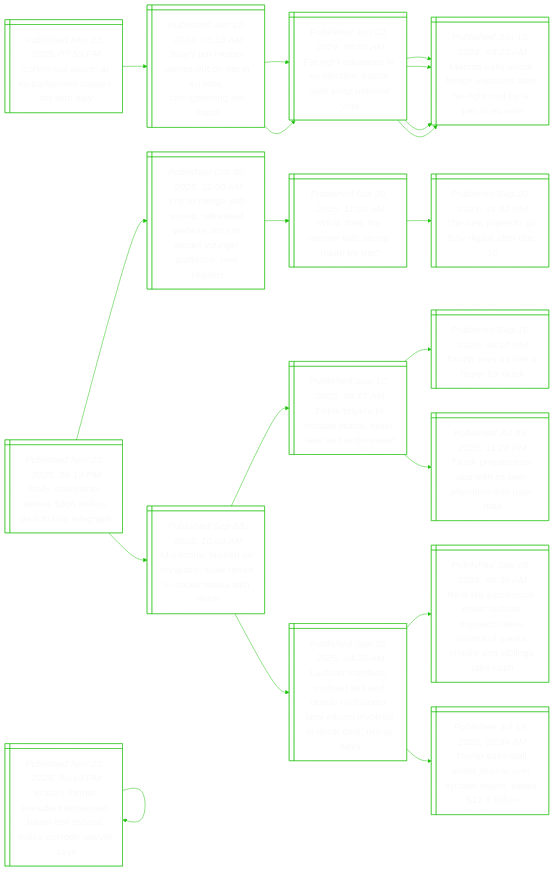
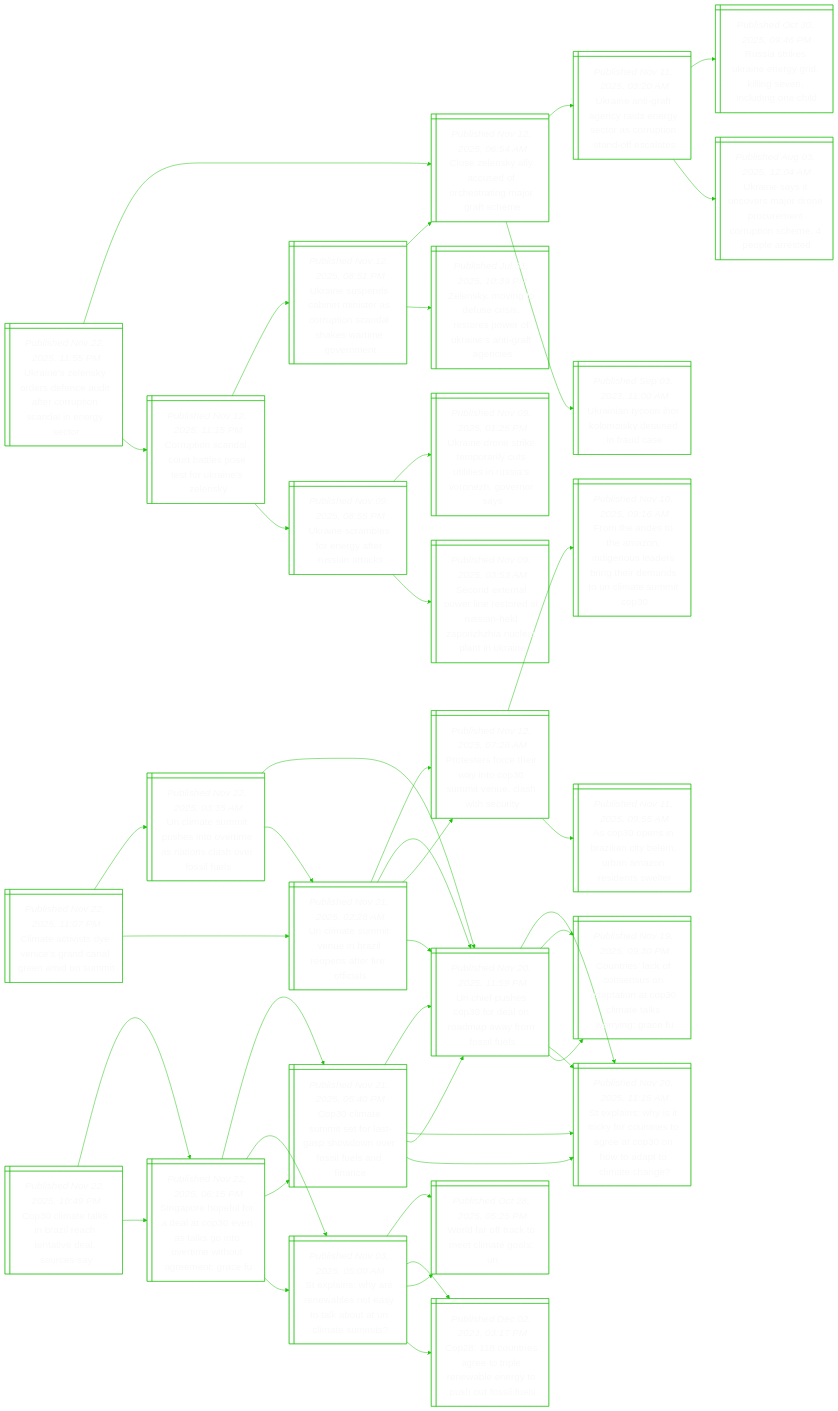
One commit to notJmes/notJmes changed the diagram in README.md. Above: the diagram before and after it, drawn with Mermaid. The commit also changed other lines of this file, not shown here.

````diff
--- a/README.md
+++ b/README.md
@@ -16,76 +16,136 @@
 flowchart LR
 classDef txtsize font-size:20px;
 
-Cnatreuttl@{ shape: win-pane, label: "_Published Nov 22, 2025, 07:55 PM_
-‘carbonara sauce’ at eu parliament causes stir with italy" }
-IslouoUsgir@{ shape: win-pane, label: "_Published Jun 10, 2024, 05:18 AM_
-Italy’s pm meloni comes out on top in eu vote, strengthening her hand" }
-Fgvseiaantl@{ shape: win-pane, label: "_Published Jun 10, 2024, 08:00 AM_
-Far right advances in eu election, france calls snap national vote" }
-MnskccsrioLio@{ shape: win-pane, label: "_Published Jun 10, 2024, 04:23 AM_
-Macron calls shock french elections after far-right rout by le pen in eu vote" }
-MnskccsrioLio@{ shape: win-pane, label: "_Published Jun 10, 2024, 04:23 AM_
-Macron calls shock french elections after far-right rout by le pen in eu vote" }
-Fgvseiaantl@{ shape: win-pane, label: "_Published Jun 10, 2024, 08:00 AM_
-Far right advances in eu election, france calls snap national vote" }
-MnskccsrioLio@{ shape: win-pane, label: "_Published Jun 10, 2024, 04:23 AM_
-Macron calls shock french elections after far-right rout by le pen in eu vote" }
-MnskccsrioLio@{ shape: win-pane, label: "_Published Jun 10, 2024, 04:23 AM_
-Macron calls shock french elections after far-right rout by le pen in eu vote" }
+Unlyreufotclee@{ shape: win-pane, label: "_Published Nov 22, 2025, 11:55 PM_
+Ukraine’s zelensky orders defence audit after corruption scandal in energy sector" }
+CZslufetarc@{ shape: win-pane, label: "_Published Nov 12, 2025, 06:54 AM_
+Close zelensky ally accused of orchestrating major graft scheme" }
+Unitcdrcsundst@{ shape: win-pane, label: "_Published Nov 11, 2025, 03:20 AM_
+Ukraine anti-graft agency raids energy sector as corruption stand-off escalates" }
+Rakreyknelgh@{ shape: win-pane, label: "_Published Oct 30, 2025, 09:46 PM_
+Russia strikes ukraine energy grid, killing seven, including one child" }
+Unscsreunroeore@{ shape: win-pane, label: "_Published Aug 03, 2025, 12:04 AM_
+Ukraine says it uncovers major drone procurement corruption scheme, 4 people arrested" }
+UnyIoieera@{ shape: win-pane, label: "_Published Sep 03, 2023, 11:00 AM_
+Ukrainian tycoon ihor kolomoisky detained in fraud case" }
+CpsartosUnly@{ shape: win-pane, label: "_Published Nov 12, 2025, 11:15 PM_
+Corruption scandal, court battles pose test for ukraine’s zelensky" }
+UnpCeiaronhwmen@{ shape: win-pane, label: "_Published Nov 12, 2025, 08:51 PM_
+Ukraine suspends cabinet minister as corruption scandal shakes wartime government" }
+CZslufetarc@{ shape: win-pane, label: "_Published Nov 12, 2025, 06:54 AM_
+Close zelensky ally accused of orchestrating major graft scheme" }
+Zsvossssrrsgai@{ shape: win-pane, label: "_Published Jul 31, 2025, 10:39 PM_
+Zelensky, moving to defuse crisis, restores power of ukraine’s anti-graft agencies" }
+UnasnaRaa@{ shape: win-pane, label: "_Published Nov 09, 2025, 08:55 PM_
+Ukraine scrambles for energy after russian attacks" }
+Unnimruieusnoos@{ shape: win-pane, label: "_Published Nov 09, 2025, 01:25 PM_
+Ukraine drone strike temporarily cuts utilities in russia’s voronezh, governor says" }
+SdroisdshazaeaUn@{ shape: win-pane, label: "_Published Nov 09, 2025, 03:53 AM_
+Second external power line restored at russian-held zaporizhzhia nuclear plant in ukraine" }
 
-Cnatreuttl:::txtsize --> IslouoUsgir:::txtsize
-IslouoUsgir:::txtsize --> Fgvseiaantl:::txtsize
-Fgvseiaantl:::txtsize --> MnskccsrioLio:::txtsize
-Fgvseiaantl:::txtsize --> MnskccsrioLio:::txtsize
-IslouoUsgir:::txtsize --> Fgvseiaantl:::txtsize
-Fgvseiaantl:::txtsize --> MnskccsrioLio:::txtsize
-Fgvseiaantl:::txtsize --> MnskccsrioLio:::txtsize
+Unlyreufotclee:::txtsize --> CZslufetarc:::txtsize
+CZslufetarc:::txtsize --> Unitcdrcsundst:::txtsize
+Unitcdrcsundst:::txtsize --> Rakreyknelgh:::txtsize
+Unitcdrcsundst:::txtsize --> Unscsreunroeore:::txtsize
+CZslufetarc:::txtsize --> UnyIoieera:::txtsize
+Unlyreufotclee:::txtsize --> CpsartosUnly:::txtsize
+CpsartosUnly:::txtsize --> UnpCeiaronhwmen:::txtsize
+UnpCeiaronhwmen:::txtsize --> CZslufetarc:::txtsize
+UnpCeiaronhwmen:::txtsize --> Zsvossssrrsgai:::txtsize
+CpsartosUnly:::txtsize --> UnasnaRaa:::txtsize
+UnasnaRaa:::txtsize --> Unnimruieusnoos:::txtsize
+UnasnaRaa:::txtsize --> SdroisdshazaeaUn:::txtsize
 
-DMwtsiaueh@{ shape: win-pane, label: "_Published Nov 22, 2025, 06:19 PM_
-Daily mail owner strikes $856 million deal to buy telegraph" }
-Tmwtehbaoauanwe@{ shape: win-pane, label: "_Published Oct 30, 2025, 11:00 AM_
-Tnp to merge with stomp; refreshed website aims to attract younger audience, new readers" }
-WoeehpfP@{ shape: win-pane, label: "_Published Oct 30, 2025, 11:00 AM_
-What does the merger with stomp mean for tnp?" }
-Twrfdae@{ shape: win-pane, label: "_Published Sep 20, 2021, 01:32 PM_
-The new paper to go fully digital after dec 10" }
-McrnaeuslaTk@{ shape: win-pane, label: "_Published Sep 23, 2025, 10:03 AM_
-Murdochs, burned on myspace, seek return to social media with tiktok" }
-TkrnelvkAe@{ shape: win-pane, label: "_Published Sep 17, 2025, 09:17 AM_
-Tiktok buyers to include oracle, silver lake and andreessen" }
-TsSbfk@{ shape: win-pane, label: "_Published Sep 16, 2025, 08:10 PM_
-Trump says us has a buyer for tiktok" }
-TkaSisltdd@{ shape: win-pane, label: "_Published Jul 09, 2025, 11:28 PM_
-Tiktok prepares us app with its own algorithm and user data" }
-LadilaaodrlivTkTs@{ shape: win-pane, label: "_Published Sep 22, 2025, 04:36 AM_
-Lachlan murdoch, michael dell and oracle co-founder larry ellison involved in tiktok deal, trump says" }
-Ricidhuhsrmeeige@{ shape: win-pane, label: "_Published Sep 09, 2025, 05:38 AM_
-Real-life succession ends: lachlan murdoch takes control of media empire and siblings take cash" }
-TsarolEioel@{ shape: win-pane, label: "_Published Jul 19, 2025, 05:39 AM_
-Trump sues wall street journal over epstein report, seeks $12.8 billion" }
+CtisesdlnUm@{ shape: win-pane, label: "_Published Nov 22, 2025, 11:07 PM_
+Climate activists dye venice’s grand canal green amid un summit" }
+Umupsoinnsril@{ shape: win-pane, label: "_Published Nov 22, 2025, 03:35 AM_
+Un climate summit pushes into overtime as nations clash over fossil fuels" }
+UehPerayfls@{ shape: win-pane, label: "_Published Nov 20, 2025, 11:59 PM_
+Un chief pushes cop30 for deal on roadmap away from fossil fuels" }
+SlWicrtteOodoaa@{ shape: win-pane, label: "_Published Nov 20, 2025, 11:15 AM_
+St explains: why is it tricky for countries to agree at cop30 on how to adapt to climate change?" }
+CracnntnPalrge@{ shape: win-pane, label: "_Published Nov 19, 2025, 09:30 PM_
+Countries’ lack of consensus on adaptation at cop30 climate talks worrying: grace fu" }
+Umuvizoaffa@{ shape: win-pane, label: "_Published Nov 21, 2025, 02:28 AM_
+Un climate summit venue in brazil reopens after fire: officials" }
+Psftwtstehsi@{ shape: win-pane, label: "_Published Nov 12, 2025, 07:26 AM_
+Protesters force their way into cop30 summit venue, clash with security" }
+UehPerayfls@{ shape: win-pane, label: "_Published Nov 20, 2025, 11:59 PM_
+Un chief pushes cop30 for deal on roadmap away from fossil fuels" }
+Umuvizoaffa@{ shape: win-pane, label: "_Published Nov 21, 2025, 02:28 AM_
+Un climate summit venue in brazil reopens after fire: officials" }
+Psftwtstehsi@{ shape: win-pane, label: "_Published Nov 12, 2025, 07:26 AM_
+Protesters force their way into cop30 summit venue, clash with security" }
+FhehzdoabtddNamO@{ shape: win-pane, label: "_Published Nov 10, 2025, 09:16 AM_
+From the andes to the amazon, indigenous leaders bring their demands to un climate summit cop30" }
+AoiznBuAndse@{ shape: win-pane, label: "_Published Nov 11, 2025, 09:55 AM_
+As cop30 opens in brazilian city belem, urban amazon residents swelter" }
+UehPerayfls@{ shape: win-pane, label: "_Published Nov 20, 2025, 11:59 PM_
+Un chief pushes cop30 for deal on roadmap away from fossil fuels" }
+SlWicrtteOodoaa@{ shape: win-pane, label: "_Published Nov 20, 2025, 11:15 AM_
+St explains: why is it tricky for countries to agree at cop30 on how to adapt to climate change?" }
+CracnntnPalrge@{ shape: win-pane, label: "_Published Nov 19, 2025, 09:30 PM_
+Countries’ lack of consensus on adaptation at cop30 climate talks worrying: grace fu" }
 
-DMwtsiaueh:::txtsize --> Tmwtehbaoauanwe:::txtsize
-Tmwtehbaoauanwe:::txtsize --> WoeehpfP:::txtsize
-WoeehpfP:::txtsize --> Twrfdae:::txtsize
-DMwtsiaueh:::txtsize --> McrnaeuslaTk:::txtsize
-McrnaeuslaTk:::txtsize --> TkrnelvkAe:::txtsize
-TkrnelvkAe:::txtsize --> TsSbfk:::txtsize
-TkrnelvkAe:::txtsize --> TkaSisltdd:::txtsize
-McrnaeuslaTk:::txtsize --> LadilaaodrlivTkTs:::txtsize
-LadilaaodrlivTkTs:::txtsize --> Ricidhuhsrmeeige:::txtsize
-LadilaaodrlivTkTs:::txtsize --> TsarolEioel:::txtsize
+CtisesdlnUm:::txtsize --> Umupsoinnsril:::txtsize
+Umupsoinnsril:::txtsize --> UehPerayfls:::txtsize
+UehPerayfls:::txtsize --> SlWicrtteOodoaa:::txtsize
+UehPerayfls:::txtsize --> CracnntnPalrge:::txtsize
+Umupsoinnsril:::txtsize --> Umuvizoaffa:::txtsize
+Umuvizoaffa:::txtsize --> Psftwtstehsi:::txtsize
+Umuvizoaffa:::txtsize --> UehPerayfls:::txtsize
+CtisesdlnUm:::txtsize --> Umuvizoaffa:::txtsize
+Umuvizoaffa:::txtsize --> Psftwtstehsi:::txtsize
+Psftwtstehsi:::txtsize --> FhehzdoabtddNamO:::txtsize
+Psftwtstehsi:::txtsize --> AoiznBuAndse:::txtsize
+Umuvizoaffa:::txtsize --> UehPerayfls:::txtsize
+UehPerayfls:::txtsize --> SlWicrtteOodoaa:::txtsize
+UehPerayfls:::txtsize --> CracnntnPalrge:::txtsize
 
-Blmensonfaislr@{ shape: win-pane, label: "_Published Nov 22, 2025, 06:19 PM_
-Brazil’s former president bolsonaro taken into federal police custody, lawyer says" }
-Blmensonfaislr@{ shape: win-pane, label: "_Published Nov 22, 2025, 06:19 PM_
-Brazil’s former president bolsonaro taken into federal police custody, lawyer says" }
-Blmensonfaislr@{ shape: win-pane, label: "_Published Nov 22, 2025, 06:19 PM_
-Brazil’s former president bolsonaro taken into federal police custody, lawyer says" }
-Blmensonfaislr@{ shape: win-pane, label: "_Published Nov 22, 2025, 06:19 PM_
-Brazil’s former president bolsonaro taken into federal police custody, lawyer says" }
+Citizanvlcy@{ shape: win-pane, label: "_Published Nov 22, 2025, 10:49 PM_
+Cop30 climate talks in brazil reach tentative deal, sources say" }
+SpoldtvtgotiteGF@{ shape: win-pane, label: "_Published Nov 22, 2025, 06:15 PM_
+Singapore hopeful for a deal at cop30 even as talks go into overtime without agreement: grace fu" }
+Cistotsoesedn@{ shape: win-pane, label: "_Published Nov 21, 2025, 05:40 PM_
+Cop30 climate summit set for last-gasp showdown over fossil fuels and finance" }
+UehPerayfls@{ shape: win-pane, label: "_Published Nov 20, 2025, 11:59 PM_
+Un chief pushes cop30 for deal on roadmap away from fossil fuels" }
+SlWicrtteOodoaa@{ shape: win-pane, label: "_Published Nov 20, 2025, 11:15 AM_
+St explains: why is it tricky for countries to agree at cop30 on how to adapt to climate change?" }
+SlWewsatbtist@{ shape: win-pane, label: "_Published Nov 03, 2025, 05:00 AM_
+St explains: why are renewables not easy to talk about at un climate summits?" }
+WffkemoN@{ shape: win-pane, label: "_Published Oct 28, 2025, 05:25 PM_
+World far off track to meet climate goals: un" }
+Cueerranthof@{ shape: win-pane, label: "_Published Dec 02, 2023, 03:17 PM_
+Cop28: 118 countries agree to triple renewable energy to push out fossil fuels" }
+SpoldtvtgotiteGF@{ shape: win-pane, label: "_Published Nov 22, 2025, 06:15 PM_
+Singapore hopeful for a deal at cop30 even as talks go into overtime without agreement: grace fu" }
+Cistotsoesedn@{ shape: win-pane, label: "_Published Nov 21, 2025, 05:40 PM_
+Cop30 climate summit set for last-gasp showdown over fossil fuels and finance" }
+UehPerayfls@{ shape: win-pane, label: "_Published Nov 20, 2025, 11:59 PM_
+Un chief pushes cop30 for deal on roadmap away from fossil fuels" }
+SlWicrtteOodoaa@{ shape: win-pane, label: "_Published Nov 20, 2025, 11:15 AM_
+St explains: why is it tricky for countries to agree at cop30 on how to adapt to climate change?" }
+SlWewsatbtist@{ shape: win-pane, label: "_Published Nov 03, 2025, 05:00 AM_
+St explains: why are renewables not easy to talk about at un climate summits?" }
+WffkemoN@{ shape: win-pane, label: "_Published Oct 28, 2025, 05:25 PM_
+World far off track to meet climate goals: un" }
+Cueerranthof@{ shape: win-pane, label: "_Published Dec 02, 2023, 03:17 PM_
+Cop28: 118 countries agree to triple renewable energy to push out fossil fuels" }
 
-Blmensonfaislr:::txtsize --> Blmensonfaislr:::txtsize
-Blmensonfaislr:::txtsize --> Blmensonfaislr:::txtsize
-Blmensonfaislr:::txtsize --> Blmensonfaislr:::txtsize
+Citizanvlcy:::txtsize --> SpoldtvtgotiteGF:::txtsize
+SpoldtvtgotiteGF:::txtsize --> Cistotsoesedn:::txtsize
+Cistotsoesedn:::txtsize --> UehPerayfls:::txtsize
+Cistotsoesedn:::txtsize --> SlWicrtteOodoaa:::txtsize
+SpoldtvtgotiteGF:::txtsize --> SlWewsatbtist:::txtsize
+SlWewsatbtist:::txtsize --> WffkemoN:::txtsize
+SlWewsatbtist:::txtsize --> Cueerranthof:::txtsize
+Citizanvlcy:::txtsize --> SpoldtvtgotiteGF:::txtsize
+SpoldtvtgotiteGF:::txtsize --> Cistotsoesedn:::txtsize
+Cistotsoesedn:::txtsize --> UehPerayfls:::txtsize
+Cistotsoesedn:::txtsize --> SlWicrtteOodoaa:::txtsize
+SpoldtvtgotiteGF:::txtsize --> SlWewsatbtist:::txtsize
+SlWewsatbtist:::txtsize --> WffkemoN:::txtsize
+SlWewsatbtist:::txtsize --> Cueerranthof:::txtsize
 
 ```
````
